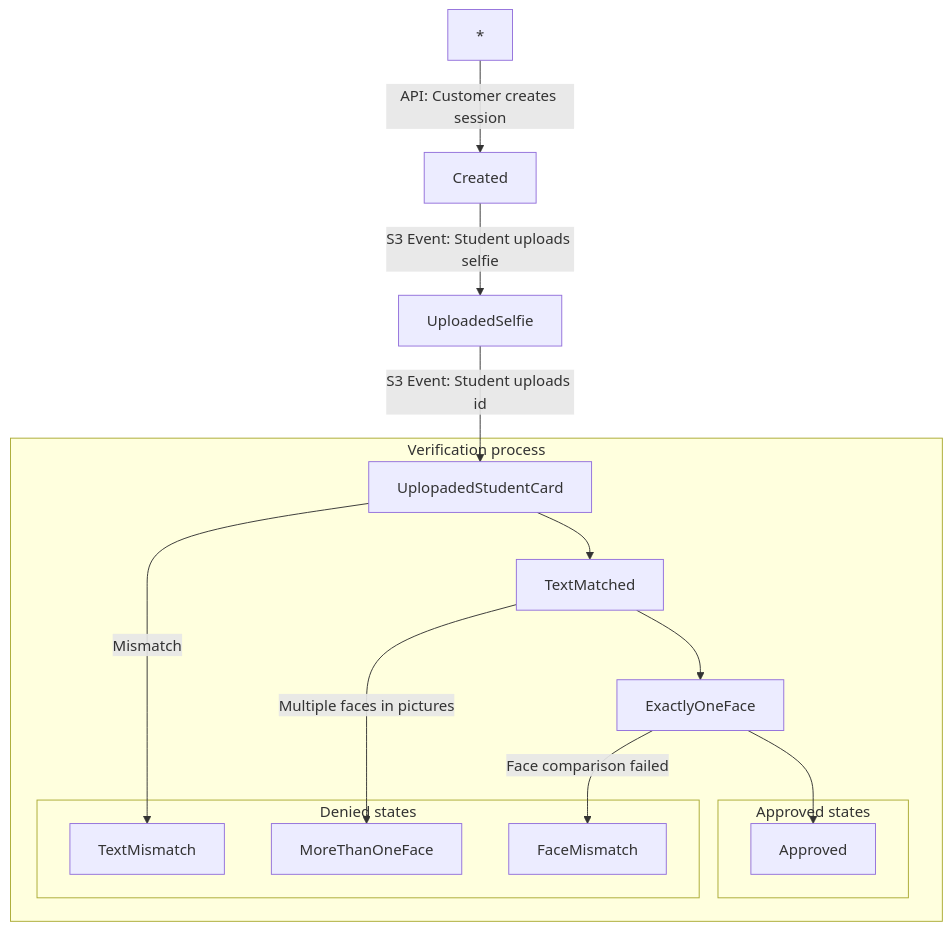
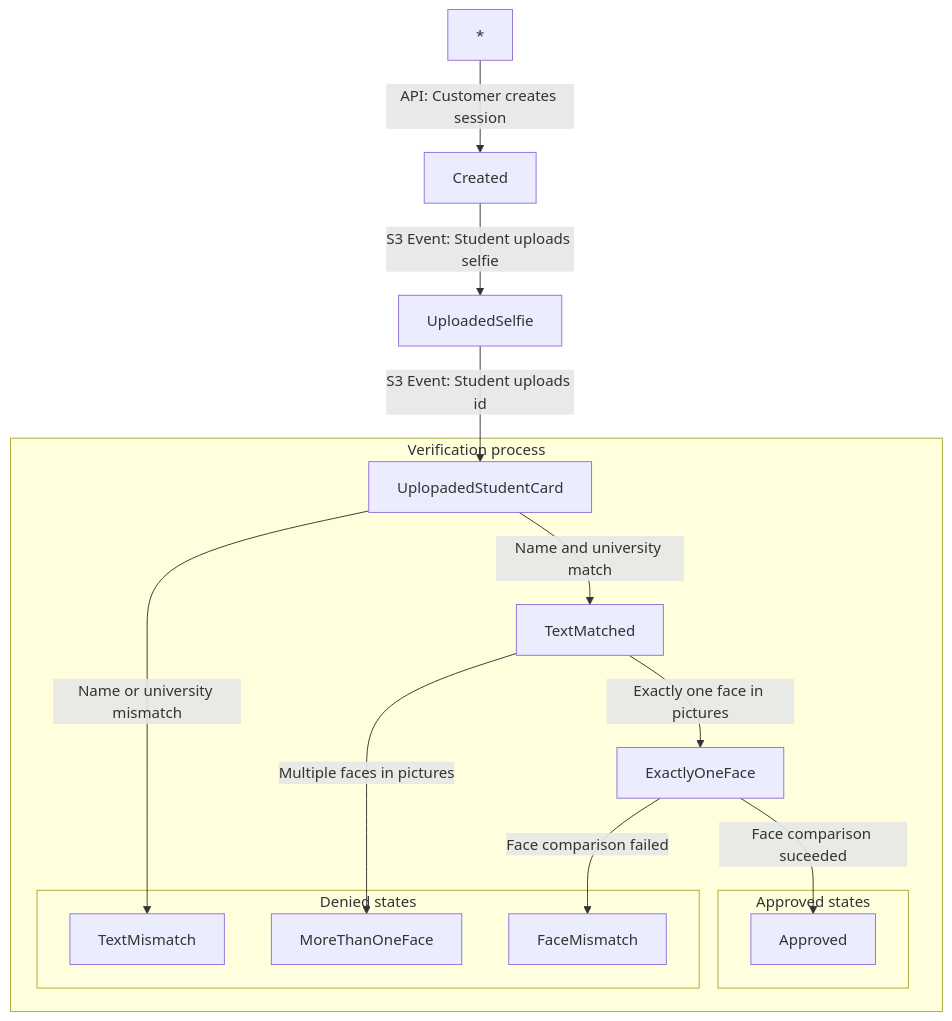
Before and after one commit to pierre-jezegou/kys: the first of 2 diagrams in docs/API.md, drawn with Mermaid.

````diff
--- a/docs/API.md
+++ b/docs/API.md
@@ -34,26 +34,27 @@
 ```mermaid
-flowchart TD
+
+flowchart TB
     Start[*] -->|API: Customer creates session| Created
     Created[Created] -->|S3 Event: Student uploads selfie| UploadedSelfie[UploadedSelfie]
     UploadedSelfie -->|S3 Event: Student uploads id| UploadedStudentCard[UplopadedStudentCard]
     
+
     subgraph Verification process
     subgraph Approved states
         Approved
     end
 
     subgraph Denied states
         TextMismatch
         MoreThanOneFace
         FaceMismatch
     end
 
-    UploadedStudentCard -->|Mismatch| TextMismatch
-    UploadedStudentCard --> TextMatched
+    UploadedStudentCard -->|Name or university mismatch| TextMismatch
+    UploadedStudentCard -->|Name and university match| TextMatched
     TextMatched -->|Multiple faces in pictures| MoreThanOneFace
-    TextMatched --> ExactlyOneFace
+    TextMatched -->|Exactly one face in pictures| ExactlyOneFace
     ExactlyOneFace -->|Face comparison failed| FaceMismatch
-    ExactlyOneFace --> Approved
-
+    ExactlyOneFace -->|Face comparison suceeded| Approved
 end
 ```
````
